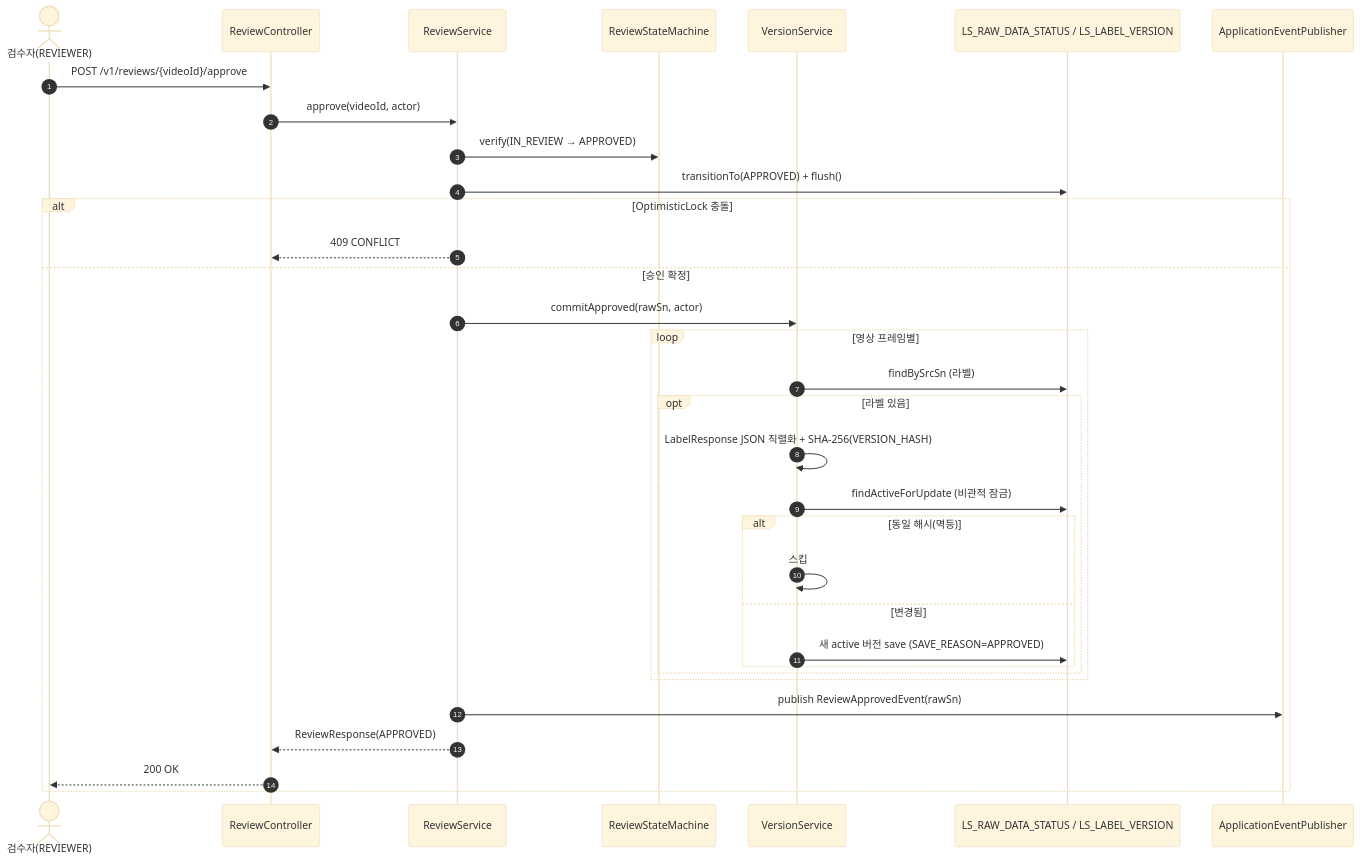
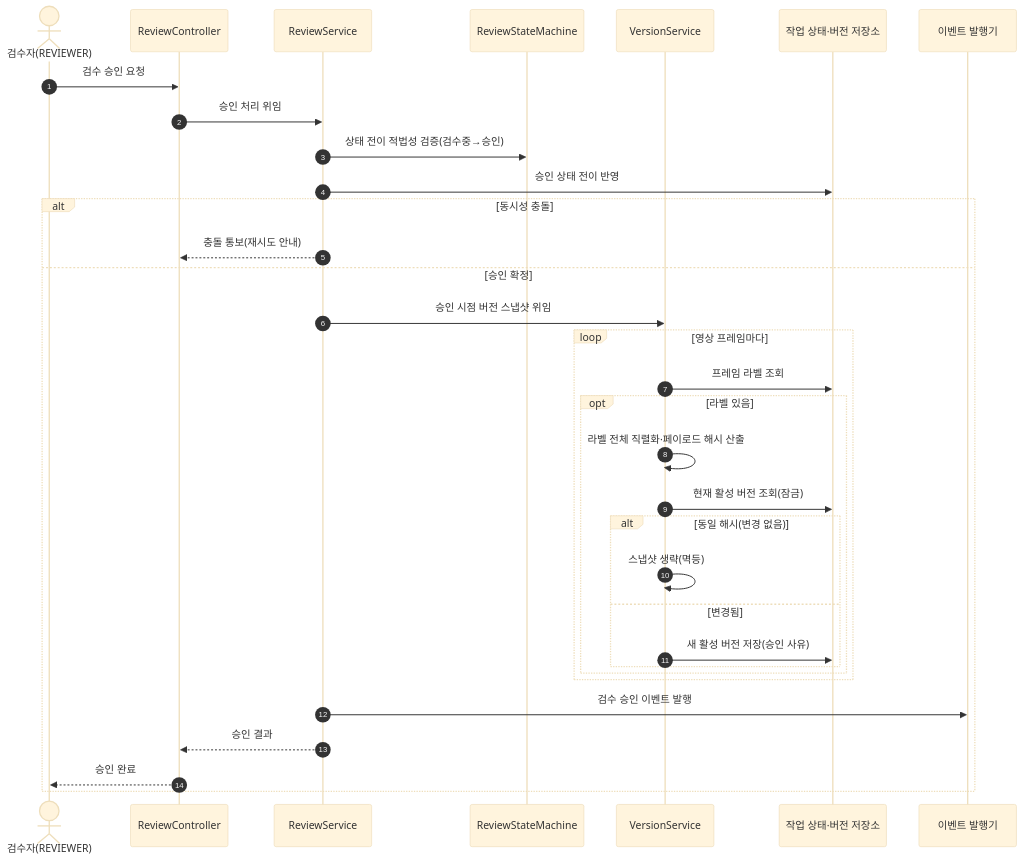
One commit to New-stella/klid-label changed the seventh of 26 diagrams in docs/design/D1-클래스설계서.md. Above: the diagram before and after it, drawn with Mermaid (base theme). The commit also changed other lines of this file and 32 other files, not shown here.

````diff
--- a/docs/design/D1-클래스설계서.md
+++ b/docs/design/D1-클래스설계서.md
@@ -452,35 +427,35 @@
 ```mermaid
 sequenceDiagram
     autonumber
     actor RV as 검수자(REVIEWER)
     participant RC as ReviewController
     participant RS as ReviewService
     participant SM as ReviewStateMachine
     participant VS as VersionService
-    participant DB as LS_RAW_DATA_STATUS / LS_LABEL_VERSION
-    participant EP as ApplicationEventPublisher
-    RV->>RC: POST /v1/reviews/{videoId}/approve
-    RC->>RS: approve(videoId, actor)
-    RS->>SM: verify(IN_REVIEW → APPROVED)
-    RS->>DB: transitionTo(APPROVED) + flush()
-    alt OptimisticLock 충돌
-        RS-->>RC: 409 CONFLICT
+    participant DB as 작업 상태·버전 저장소
+    participant EP as 이벤트 발행기
+    RV->>RC: 검수 승인 요청
+    RC->>RS: 승인 처리 위임
+    RS->>SM: 상태 전이 적법성 검증(검수중→승인)
+    RS->>DB: 승인 상태 전이 반영
+    alt 동시성 충돌
+        RS-->>RC: 충돌 통보(재시도 안내)
     else 승인 확정
-        RS->>VS: commitApproved(rawSn, actor)
-        loop 영상 프레임별
-            VS->>DB: findBySrcSn (라벨)
+        RS->>VS: 승인 시점 버전 스냅샷 위임
+        loop 영상 프레임마다
+            VS->>DB: 프레임 라벨 조회
             opt 라벨 있음
-                VS->>VS: LabelResponse JSON 직렬화 + SHA-256(VERSION_HASH)
-                VS->>DB: findActiveForUpdate (비관적 잠금)
-                alt 동일 해시(멱등)
-                    VS->>VS: 스킵
+                VS->>VS: 라벨 전체 직렬화·페이로드 해시 산출
+                VS->>DB: 현재 활성 버전 조회(잠금)
+                alt 동일 해시(변경 없음)
+                    VS->>VS: 스냅샷 생략(멱등)
                 else 변경됨
-                    VS->>DB: 새 active 버전 save (SAVE_REASON=APPROVED)
+                    VS->>DB: 새 활성 버전 저장(승인 사유)
                 end
             end
         end
-        RS->>EP: publish ReviewApprovedEvent(rawSn)
-        RS-->>RC: ReviewResponse(APPROVED)
-        RC-->>RV: 200 OK
+        RS->>EP: 검수 승인 이벤트 발행
+        RS-->>RC: 승인 결과
+        RC-->>RV: 승인 완료
     end
 ```
````
